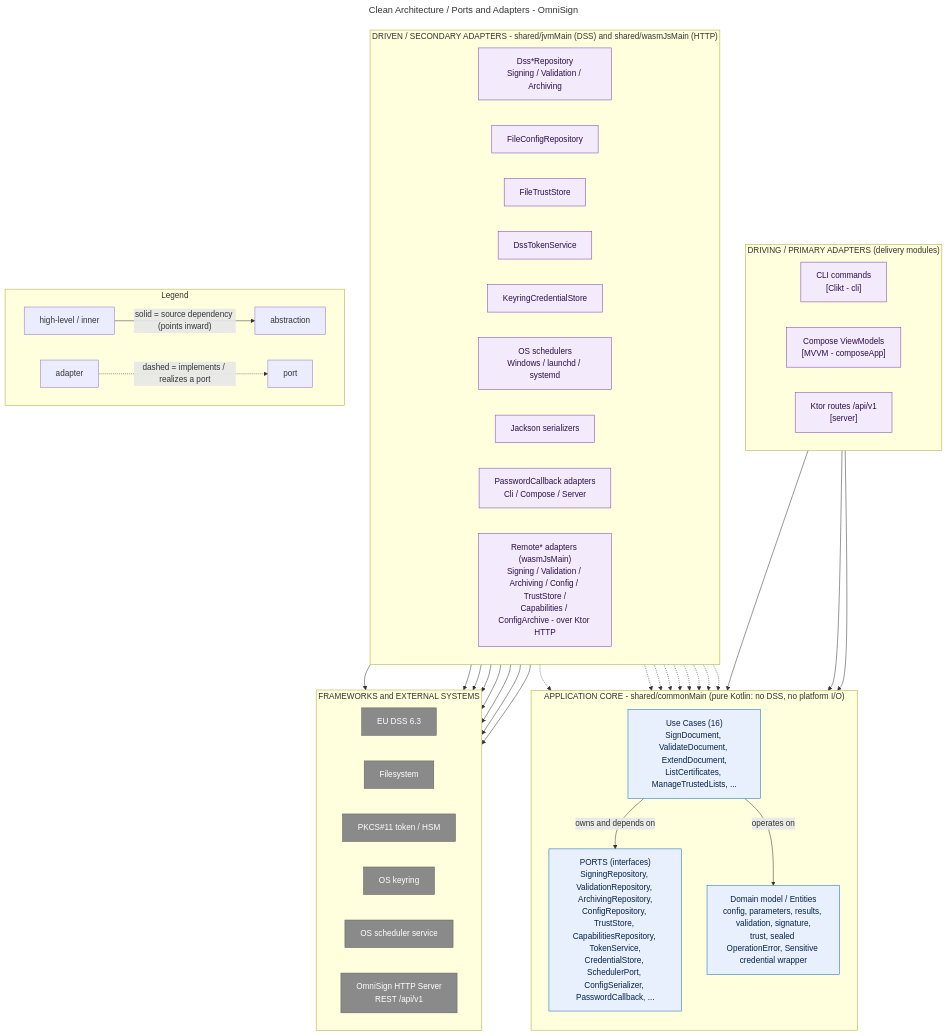
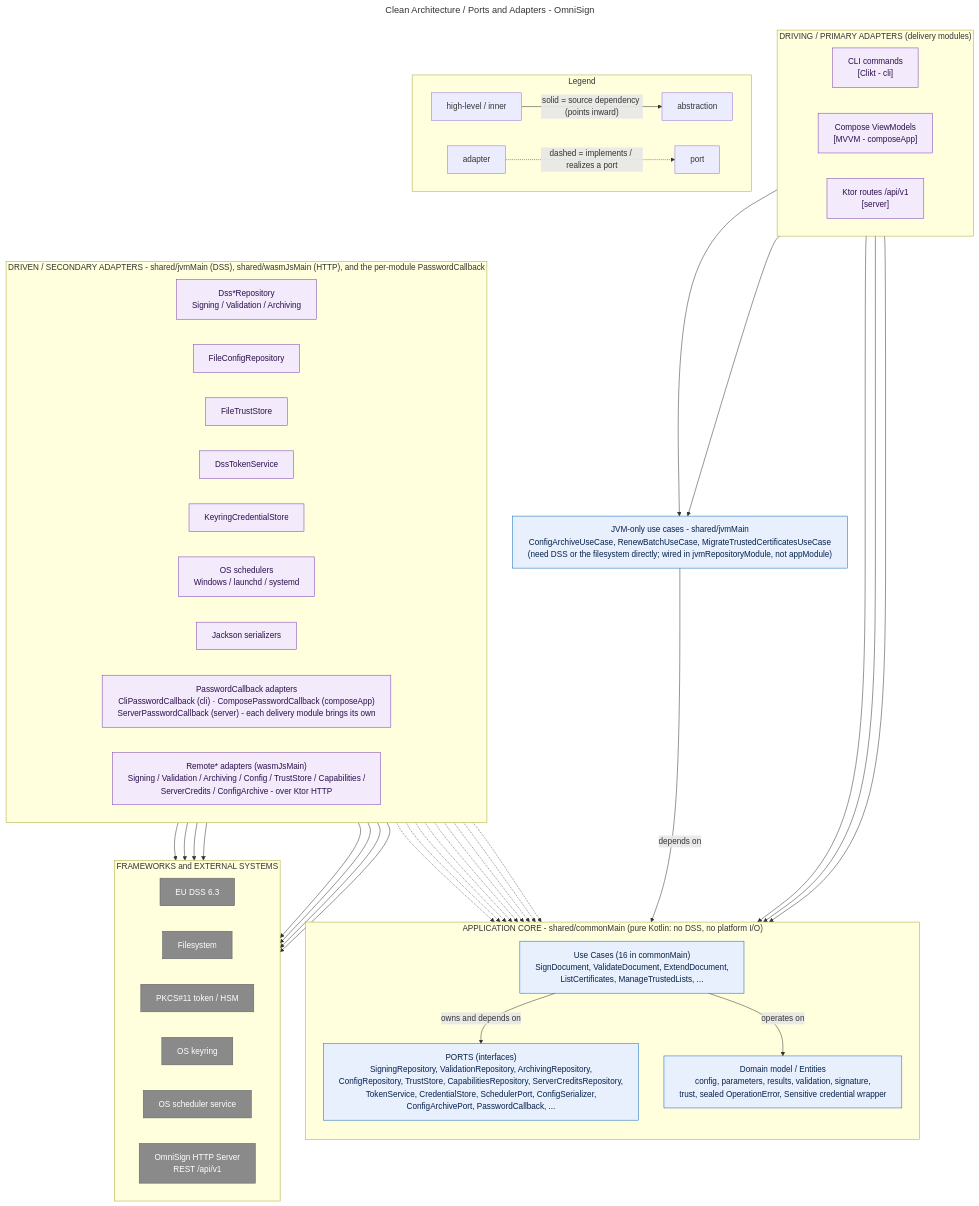
One commit to pizavo/omnisign changed the diagram in docs/diagrams/03-clean-architecture-ports-adapters.mmd. Above: the diagram before and after it, drawn with Mermaid. The commit also changed 15 other files, not shown here.

```diff
--- a/docs/diagrams/03-clean-architecture-ports-adapters.mmd
+++ b/docs/diagrams/03-clean-architecture-ports-adapters.mmd
@@ -1,78 +1,88 @@
 ---
 title: Clean Architecture / Ports and Adapters - OmniSign
+config:
+  flowchart:
+    wrappingWidth: 640
 ---
 flowchart TB
   subgraph PRIMARY["DRIVING / PRIMARY ADAPTERS (delivery modules)"]
     direction LR
     CLI["CLI commands<br/>[Clikt - cli]"]
     VM["Compose ViewModels<br/>[MVVM - composeApp]"]
     ROUTES["Ktor routes /api/v1<br/>[server]"]
   end
 
   subgraph CORE["APPLICATION CORE - shared/commonMain (pure Kotlin: no DSS, no platform I/O)"]
     direction TB
-    UC["Use Cases (16)<br/>SignDocument, ValidateDocument, ExtendDocument,<br/>ListCertificates, ManageTrustedLists, ..."]
-    PORTS["PORTS (interfaces)<br/>SigningRepository, ValidationRepository, ArchivingRepository,<br/>ConfigRepository, TrustStore, CapabilitiesRepository, TokenService,<br/>CredentialStore, SchedulerPort, ConfigSerializer, PasswordCallback, ..."]
+    UC["Use Cases (16 in commonMain)<br/>SignDocument, ValidateDocument, ExtendDocument,<br/>ListCertificates, ManageTrustedLists, ..."]
+    PORTS["PORTS (interfaces)<br/>SigningRepository, ValidationRepository, ArchivingRepository,<br/>ConfigRepository, TrustStore, CapabilitiesRepository, ServerCreditsRepository,<br/>TokenService, CredentialStore, SchedulerPort, ConfigSerializer,<br/>ConfigArchivePort, PasswordCallback, ..."]
     DOMAIN["Domain model / Entities<br/>config, parameters, results, validation, signature,<br/>trust, sealed OperationError, Sensitive credential wrapper"]
     UC -->|owns and depends on| PORTS
     UC -->|operates on| DOMAIN
   end
 
-  subgraph SECONDARY["DRIVEN / SECONDARY ADAPTERS - shared/jvmMain (DSS) and shared/wasmJsMain (HTTP)"]
+  JVMUC["JVM-only use cases - shared/jvmMain<br/>ConfigArchiveUseCase, RenewBatchUseCase, MigrateTrustedCertificatesUseCase<br/>(need DSS or the filesystem directly; wired in jvmRepositoryModule, not appModule)"]
+
+  subgraph SECONDARY["DRIVEN / SECONDARY ADAPTERS - shared/jvmMain (DSS), shared/wasmJsMain (HTTP), and the per-module PasswordCallback"]
     direction LR
     DSSREPO["Dss*Repository<br/>Signing / Validation / Archiving"]
     FILECFG["FileConfigRepository"]
     FILETRUST["FileTrustStore"]
     TOKENSVC["DssTokenService"]
     CRED["KeyringCredentialStore"]
     SCHED["OS schedulers<br/>Windows / launchd / systemd"]
     SER["Jackson serializers"]
-    PWCB["PasswordCallback adapters<br/>Cli / Compose / Server"]
-    REMOTE["Remote* adapters (wasmJsMain)<br/>Signing / Validation / Archiving / Config / TrustStore /<br/>Capabilities / ConfigArchive - over Ktor HTTP"]
+    PWCB["PasswordCallback adapters<br/>CliPasswordCallback (cli) · ComposePasswordCallback (composeApp)<br/>ServerPasswordCallback (server) - each delivery module brings its own"]
+    REMOTE["Remote* adapters (wasmJsMain)<br/>Signing / Validation / Archiving / Config / TrustStore / Capabilities /<br/>ServerCredits / ConfigArchive - over Ktor HTTP"]
   end
 
   subgraph FW["FRAMEWORKS and EXTERNAL SYSTEMS"]
     direction LR
     DSS["EU DSS 6.3"]
     FS["Filesystem"]
     PKCS["PKCS#11 token / HSM"]
     KEYRING["OS keyring"]
     OSSVC["OS scheduler service"]
     API["OmniSign HTTP Server<br/>REST /api/v1"]
   end
 
   CLI --> UC
   VM --> UC
   ROUTES --> UC
+
+  CLI --> JVMUC
+  VM --> JVMUC
+  JVMUC -->|"depends on"| PORTS
 
   DSSREPO -.-> PORTS
   FILECFG -.-> PORTS
   FILETRUST -.-> PORTS
   TOKENSVC -.-> PORTS
   CRED -.-> PORTS
   SCHED -.-> PORTS
   SER -.-> PORTS
   PWCB -.-> PORTS
   REMOTE -.-> PORTS
 
   DSSREPO --> DSS
   DSSREPO --> PKCS
   FILECFG --> FS
   FILETRUST --> FS
   TOKENSVC --> PKCS
   CRED --> KEYRING
   SCHED --> OSSVC
   REMOTE --> API
 
   subgraph legend["Legend"]
     direction LR
     lh["high-level / inner"] -->|"solid = source dependency (points inward)"| labr["abstraction"]
     lad["adapter"] -.->|"dashed = implements / realizes a port"| lpo["port"]
   end
 
   classDef core fill:#e8f0fe,stroke:#1168bd,color:#06214a
   classDef adapter fill:#f3eafc,stroke:#7a3fb5,color:#2c0f4a
   classDef ext fill:#8a8a8a,stroke:#5f5f5f,color:#ffffff
   class UC,PORTS,DOMAIN core
   class CLI,VM,ROUTES,DSSREPO,FILECFG,FILETRUST,TOKENSVC,CRED,SCHED,SER,PWCB,REMOTE adapter
+  class JVMUC core
   class DSS,FS,PKCS,KEYRING,OSSVC,API ext
```
